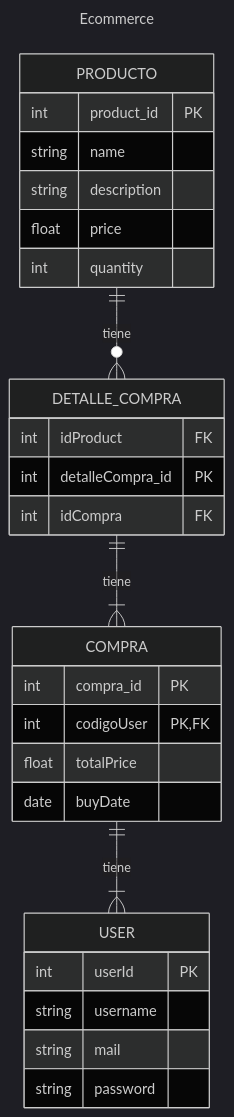
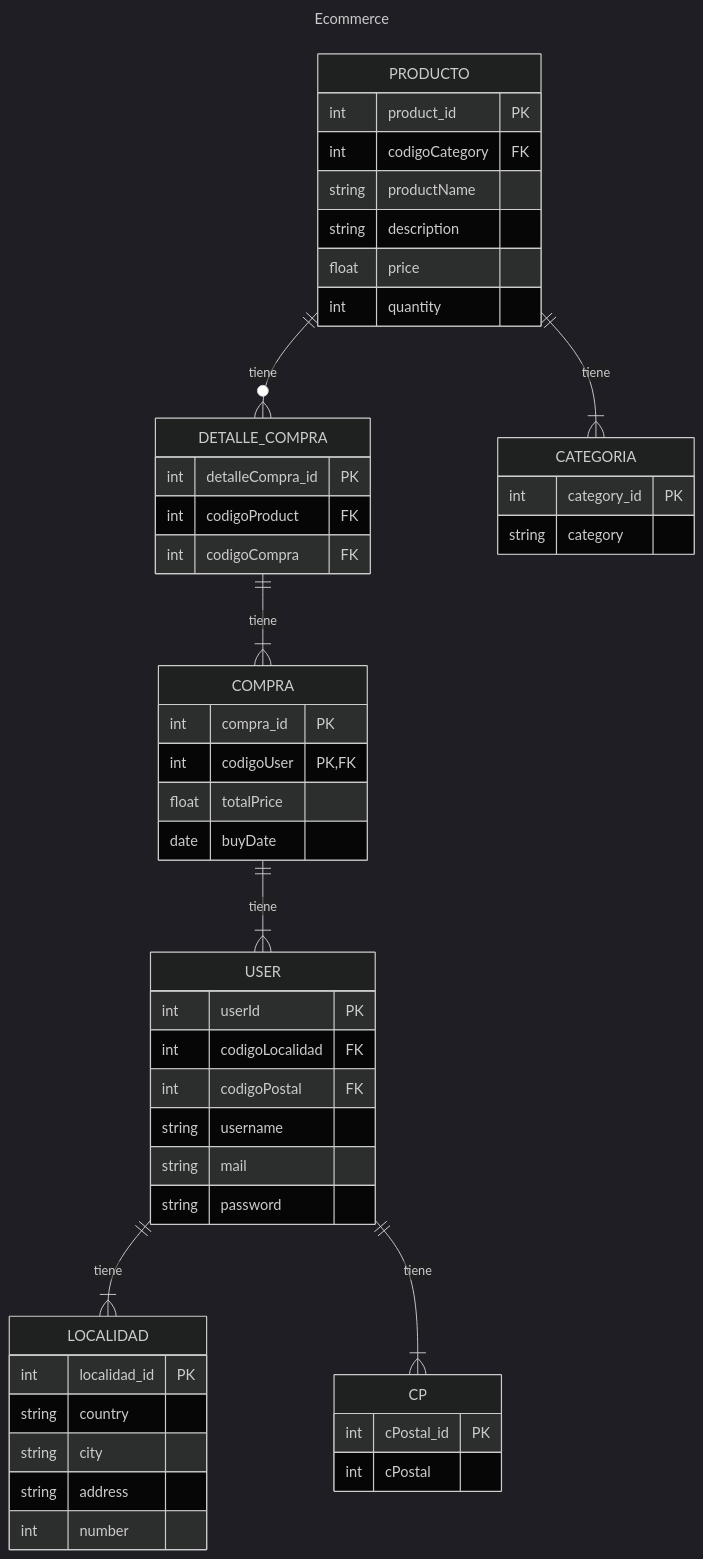
One commit to aguustin/pythonCommerce changed the diagram in commerce/```mermaid.md. Above: the diagram before and after it, drawn with Mermaid (dark theme). The commit also changed 3 other files, not shown here.

````diff
--- a/commerce/```mermaid.md
+++ b/commerce/```mermaid.md
@@ -1,42 +1,65 @@
 ```mermaid
 ---
 title: Ecommerce 
 ---
 
 erDiagram
 
 DETALLE_COMPRA{
-    int idProduct FK
     int detalleCompra_id PK
-    int idCompra FK
+    int codigoProduct FK
+    int codigoCompra FK
+}
+
+PRODUCTO ||--|{ CATEGORIA: tiene
+CATEGORIA{
+    int category_id PK
+    string category
 }
 
 PRODUCTO ||--o{ DETALLE_COMPRA : tiene
 PRODUCTO {
     int product_id PK
-    string name
+    int codigoCategory FK
+    string productName
     string description
     float price
     int quantity
 }
 
 USER{
     int userId PK
+    int codigoLocalidad FK
+    int codigoPostal FK
     string username
     string mail
     string password
 }
 
+USER ||--|{LOCALIDAD: tiene
+LOCALIDAD{
+    int localidad_id PK
+    string country
+    string city
+    string address
+    int number
+}
+
+USER ||--|{CP: tiene
+CP{
+    int cPostal_id PK
+    int cPostal
+}
 
 COMPRA ||--|{ USER : tiene
 DETALLE_COMPRA ||--|{ COMPRA : tiene
 COMPRA {
     int compra_id PK
     int codigoUser PK, FK
     float totalPrice
     date buyDate
 }    
 
 
 
 ```
````
